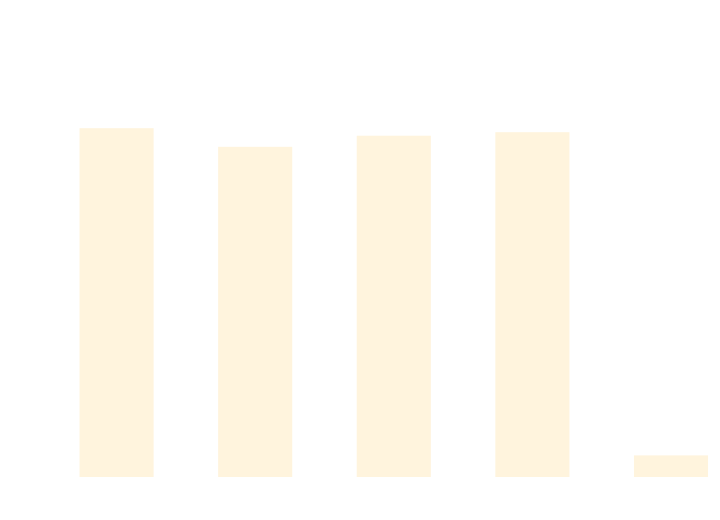
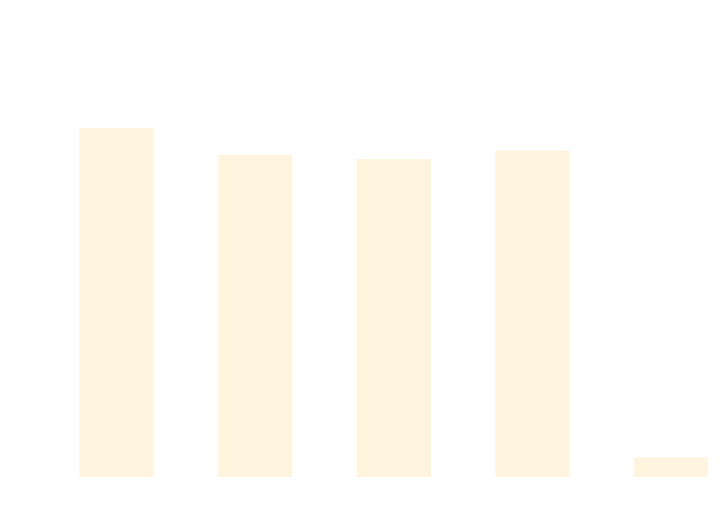
One commit to thomhurst/TUnit changed the diagram in docs/docs/benchmarks/DataDrivenTests.md. Above: the diagram before and after it, drawn with Mermaid. The commit also changed other lines of this file and 16 other files, not shown here.

````diff
--- a/docs/docs/benchmarks/DataDrivenTests.md
+++ b/docs/docs/benchmarks/DataDrivenTests.md
@@ -27,37 +27,37 @@
 ```mermaid
 %%{init: {
   'theme':'base',
   'themeVariables': {
     'primaryColor': '#2563eb',
     'primaryTextColor': '#ffffff',
     'primaryBorderColor': '#1e40af',
     'lineColor': '#6b7280',
     'secondaryColor': '#7c3aed',
     'tertiaryColor': '#dc2626',
     'background': '#ffffff',
     'mainBkg': '#2563eb',
     'secondBkg': '#7c3aed',
     'tertiaryBkg': '#dc2626',
     'clusterBkg': '#f3f4f6',
     'edgeLabelBackground': '#ffffff',
     'tertiaryTextColor': '#1f2937',
     'pie1': '#2563eb',
     'pie2': '#7c3aed',
     'pie3': '#dc2626',
     'pie4': '#f59e0b',
     'pie5': '#10b981',
     'pie6': '#06b6d4',
     'pie7': '#ec4899',
     'pie8': '#6366f1',
     'pie9': '#84cc16',
     'pie10': '#f97316',
     'pie11': '#14b8a6',
     'pie12': '#a855f7'
   }
 }}%%
 xychart-beta
   title "DataDrivenTests Performance Comparison"
   x-axis ["TUnit", "NUnit", "MSTest", "xUnit3", "TUnit_AOT"]
-  y-axis "Time (ms)" 0 --> 730
-  bar [608.31, 575.07, 594.86, 601.17, 24.28]
+  y-axis "Time (ms)" 0 --> 874
+  bar [728.33, 671.22, 662.29, 680.51, 24.29]
 ```
````
